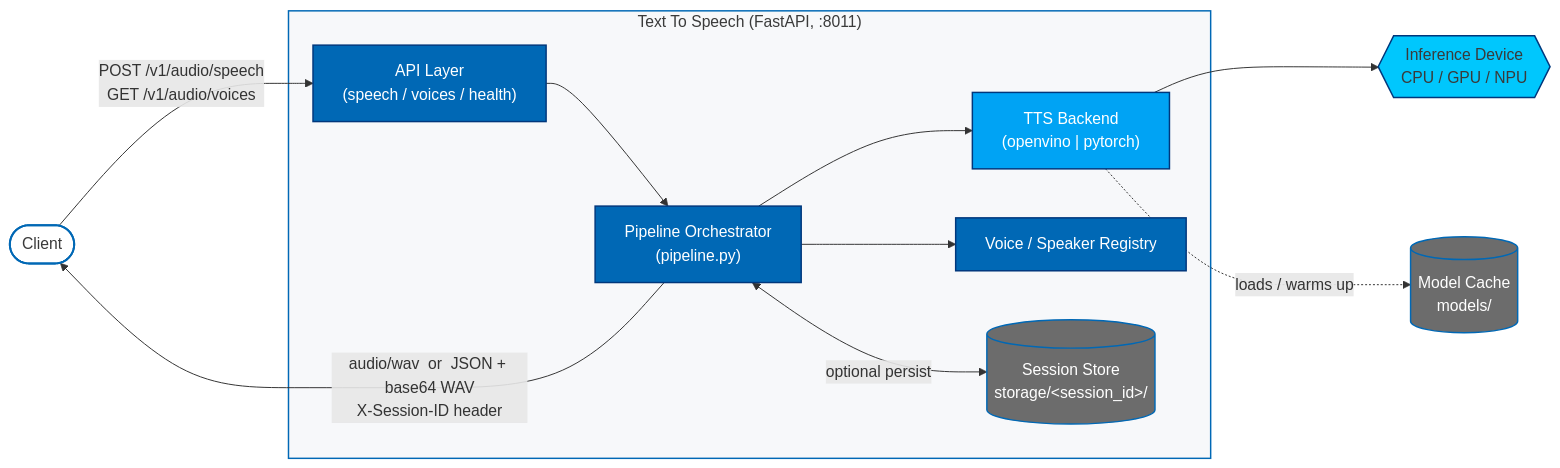
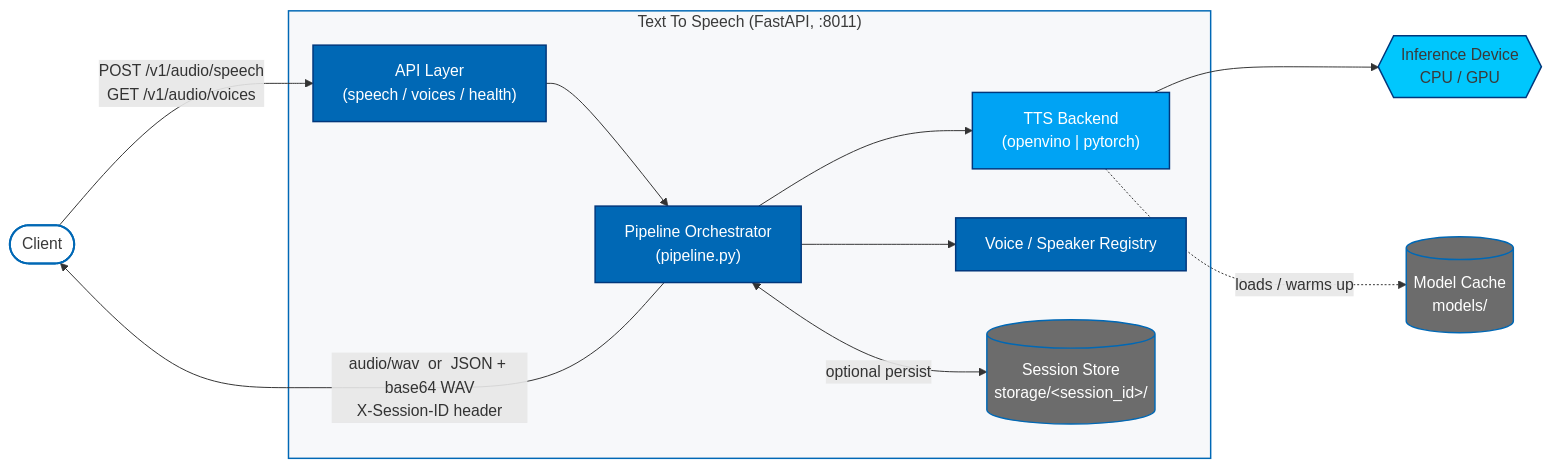
The diagram in microservices/text-to-speech/docs/user-guide/how-it-works.md (open-edge-platform/edge-ai-libraries), drawn with Mermaid before and after one commit. The commit also changed other lines of this file and 6 other files, not shown here.

````diff
--- a/microservices/text-to-speech/docs/user-guide/how-it-works.md
+++ b/microservices/text-to-speech/docs/user-guide/how-it-works.md
@@ -14,58 +14,58 @@
 ```mermaid
 %%{init: {
   'theme': 'base',
   'themeVariables': {
     'fontFamily': '"IntelOne Display", "Intel Clear", "Inter", "Segoe UI", Arial, sans-serif',
     'fontSize': '14px',
     'primaryColor': '#0068B5',
     'primaryTextColor': '#FFFFFF',
     'primaryBorderColor': '#00377C',
     'lineColor': '#00377C',
     'secondaryColor': '#EEF3F8',
     'tertiaryColor': '#F7F8FA',
     'background': '#FFFFFF',
     'mainBkg': '#FFFFFF',
     'clusterBkg': '#F7F8FA',
     'clusterBorder': '#0068B5',
     'edgeLabelBackground': '#FFFFFF',
     'noteBkgColor': '#F7F8FA',
     'noteTextColor': '#3A3A3A'
   }
 }}%%
 flowchart LR
     Client([Client])
 
     subgraph Service["Text To Speech (FastAPI, :8011)"]
         API["API Layer<br/>(speech / voices / health)"]
         Pipeline["Pipeline Orchestrator<br/>(pipeline.py)"]
         Backend["TTS Backend<br/>(openvino | pytorch)"]
         Voices["Voice / Speaker Registry"]
         Session[("Session Store<br/>storage/&lt;session_id&gt;/")]
     end
 
     Models[("Model Cache<br/>models/")]
-    Device{{"Inference Device<br/>CPU / GPU / NPU"}}
+    Device{{"Inference Device<br/>CPU / GPU"}}
 
     Client -- "POST /v1/audio/speech<br/>GET /v1/audio/voices" --> API
     API --> Pipeline
     Pipeline --> Voices
     Pipeline --> Backend
     Backend --> Device
     Backend -. loads / warms up .-> Models
     Pipeline <-- "optional persist" --> Session
     Pipeline -- "audio/wav  or  JSON + base64 WAV<br/>X-Session-ID header" --> Client
 
     classDef client fill:#FFFFFF,stroke:#0068B5,stroke-width:2px,color:#3A3A3A;
     classDef core fill:#0068B5,stroke:#00377C,stroke-width:1.5px,color:#FFFFFF;
     classDef backend fill:#00A3F4,stroke:#00377C,stroke-width:1.5px,color:#FFFFFF;
     classDef store fill:#6C6C6C,stroke:#0068B5,stroke-width:1.5px,color:#FFFFFF;
     classDef device fill:#00C7FD,stroke:#00377C,stroke-width:1.5px,color:#3A3A3A;
 
     class Client client;
     class API,Pipeline,Voices core;
     class Backend backend;
     class Session,Models store;
     class Device device;
 
     style Service fill:#F7F8FA,stroke:#0068B5,stroke-width:1.5px,color:#3A3A3A;
 ```
````
